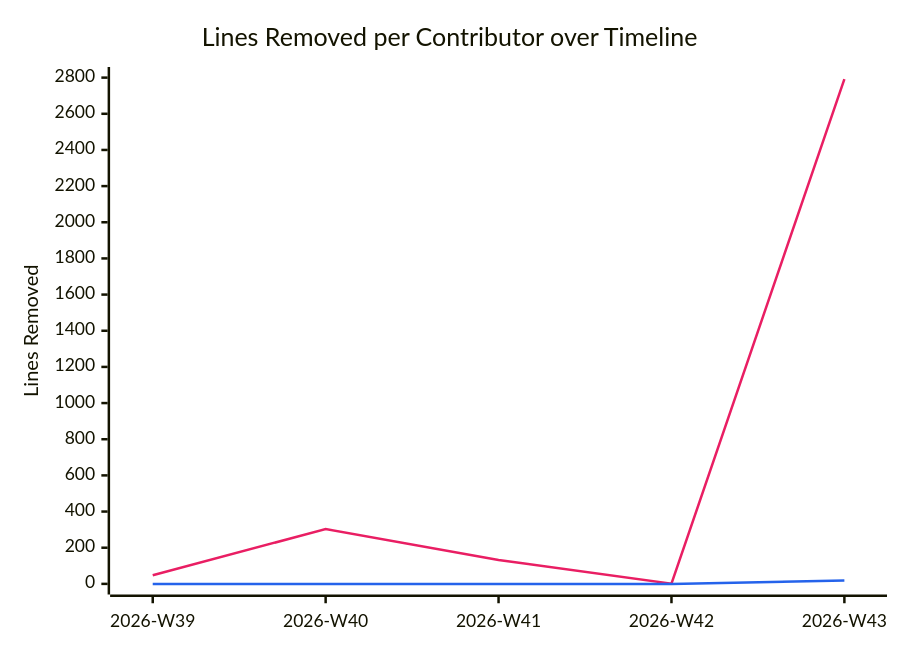
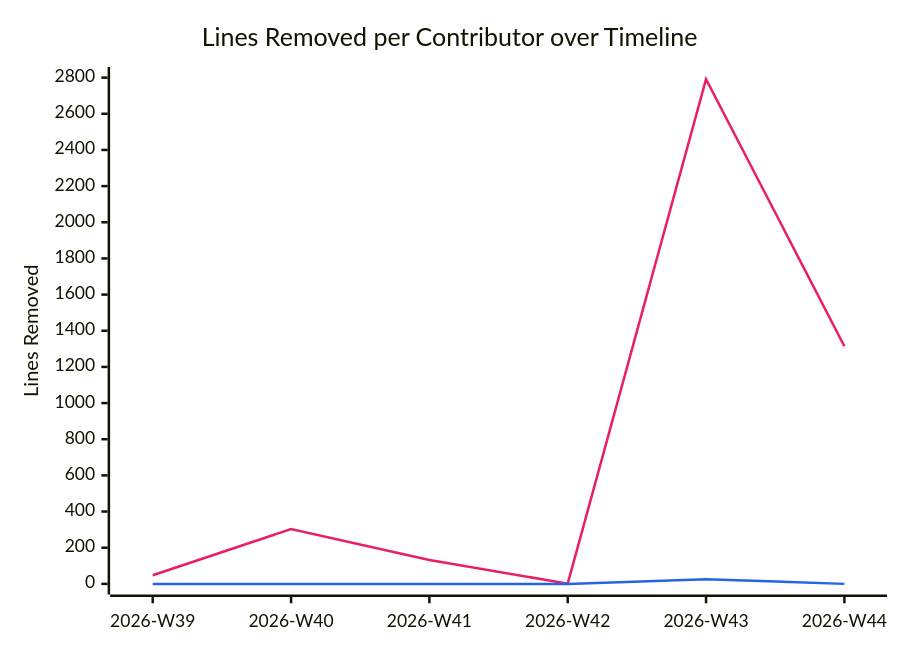
Before and after one commit to BeyondMagic/wisp: the diagram in documentation/snippets/management/code-deletions.mmd, drawn with Mermaid. The commit also changed 2 other files, not shown here.

```diff
--- a/documentation/snippets/management/code-deletions.mmd
+++ b/documentation/snippets/management/code-deletions.mmd
@@ -1,7 +1,7 @@
 %%{init: {"themeVariables": {"xyChart": {"plotColorPalette": "#e91e63, #2563eb"}}}}%%
 xychart-beta
     title "Lines Removed per Contributor over Timeline"
-    x-axis ["2026-W39", "2026-W40", "2026-W41", "2026-W42", "2026-W43"]
+    x-axis ["2026-W39", "2026-W40", "2026-W41", "2026-W42", "2026-W43", "2026-W44"]
     y-axis "Lines Removed" 0 --> 2800
-    line [48, 303, 132, 1, 2792]
-    line [0, 0, 0, 0, 19]
+    line [48, 303, 132, 1, 2792, 1314]
+    line [0, 0, 0, 0, 26, 0]
```
